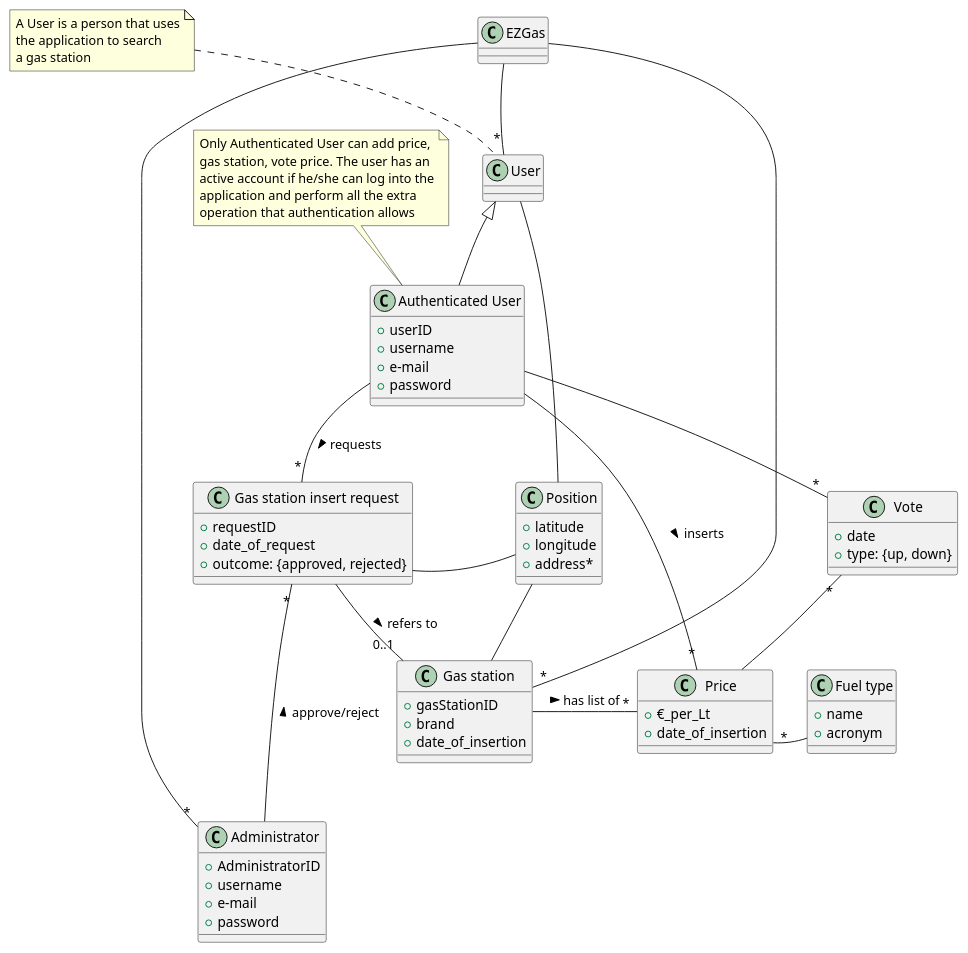
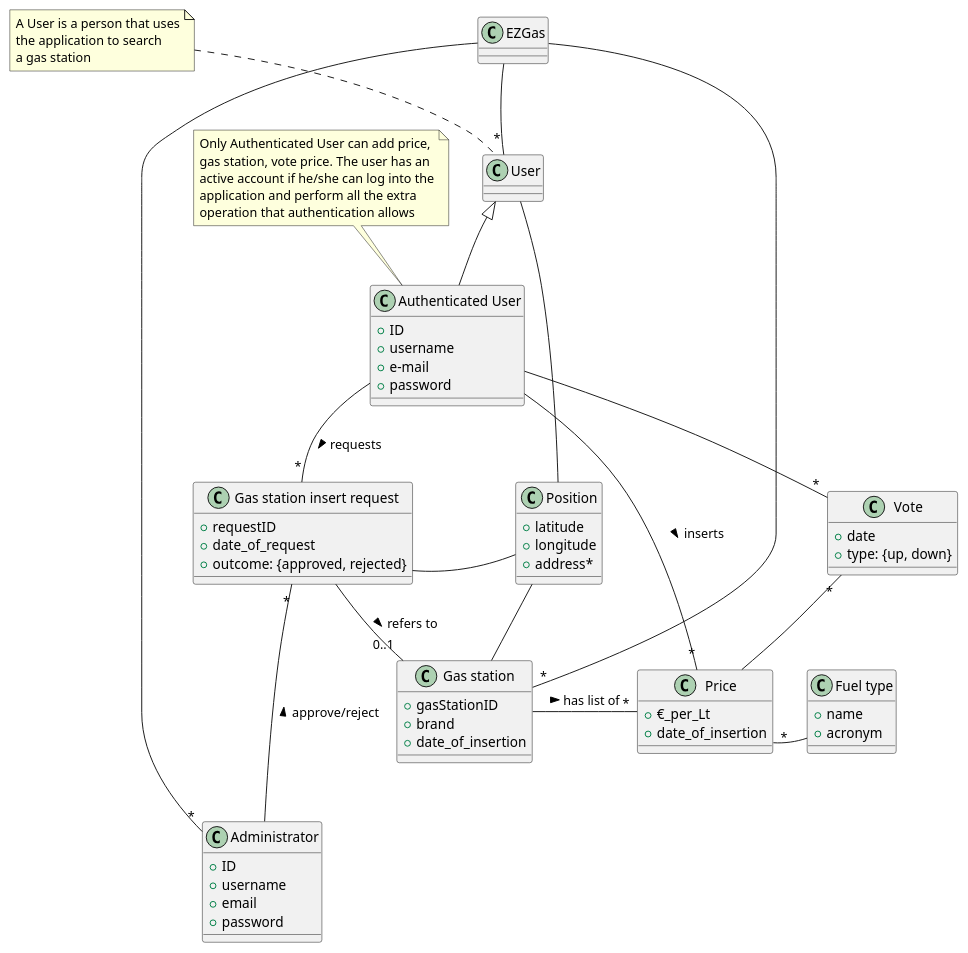
Before and after one commit to SE2-group4/SE1-project: the third of 3 diagrams in docs/RequirementsDocument.md, drawn with PlantUML. The commit also changed other lines of this file and 5 other files, not shown here.

```diff
--- a/docs/RequirementsDocument.md
+++ b/docs/RequirementsDocument.md
@@ -285,17 +285,17 @@
 class User
 
 class "Authenticated User"{
-  + userID
+  + ID
   + username
   + e-mail
   + password
 }
 
 class Administrator{
-  + AdministratorID
-  + username
-  + e-mail
-  + password
+  +ID
+  +username
+  +email
+  +password
 }
 
 class "Gas station insert request"{
```
